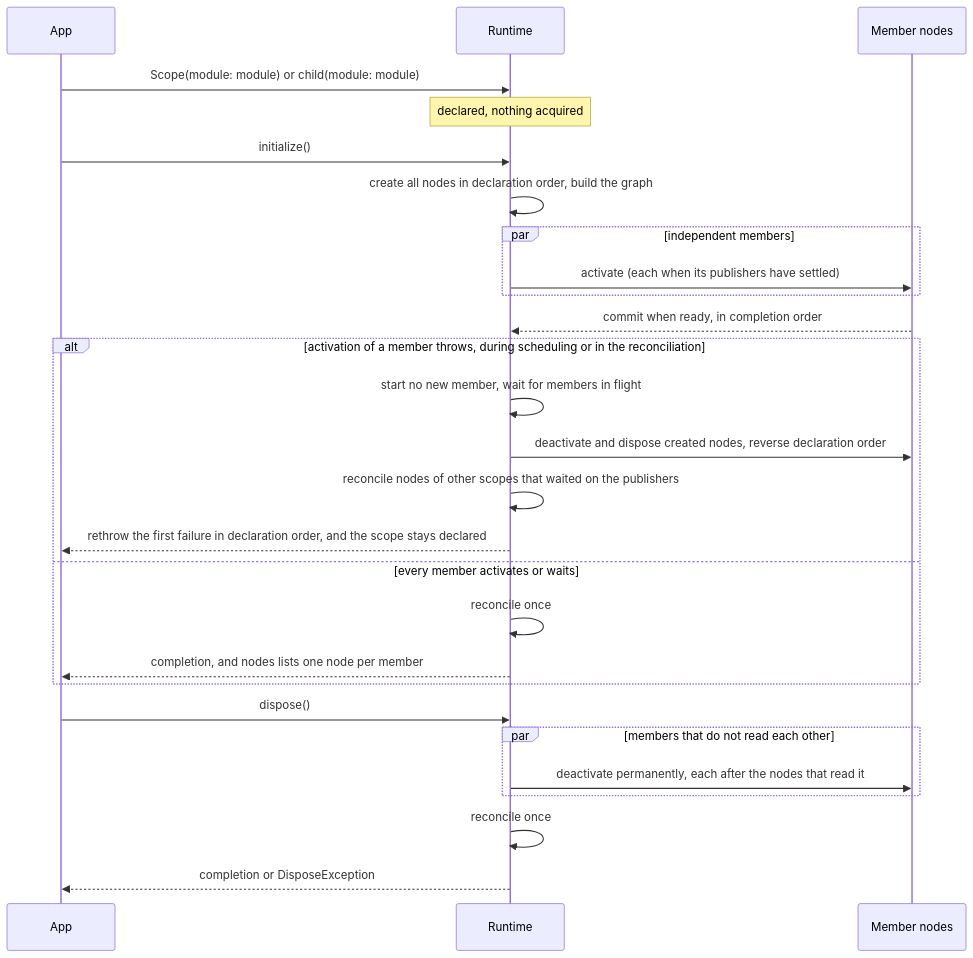
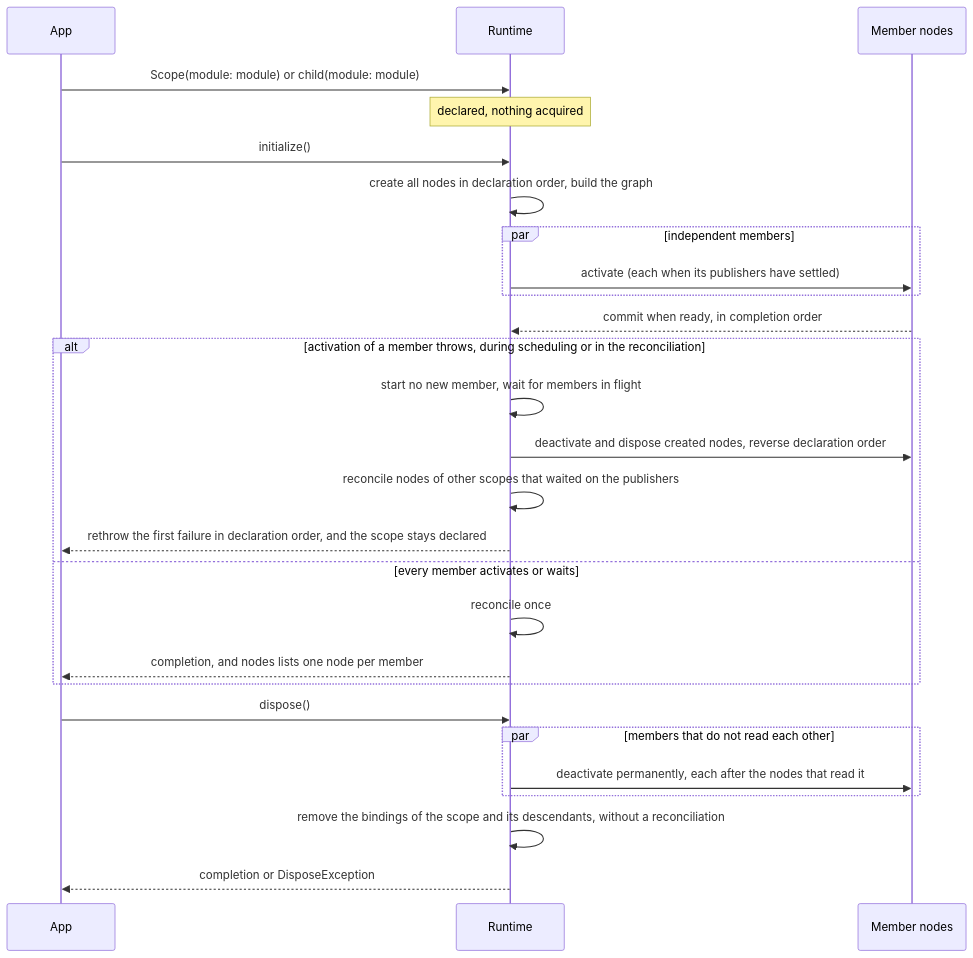
One commit to dfdgsdfg/fp_di changed the fifth of 10 diagrams in specs/runtime/lifecycle/spec.md. Above: the diagram before and after it, drawn with Mermaid. The commit also changed other lines of this file and 3 other files, not shown here.

First line of the commit message:
State that the disposal of a scope does not reconcile

````diff
--- a/specs/runtime/lifecycle/spec.md
+++ b/specs/runtime/lifecycle/spec.md
@@ -1001,29 +1001,29 @@
 ```mermaid
 sequenceDiagram
   participant App
   participant Runtime
   participant Member as Member nodes
   App->>Runtime: Scope(module: module) or child(module: module)
   Note over Runtime: declared, nothing acquired
   App->>Runtime: initialize()
   Runtime->>Runtime: create all nodes in declaration order, build the graph
   par independent members
     Runtime->>Member: activate (each when its publishers have settled)
   end
   Member-->>Runtime: commit when ready, in completion order
   alt activation of a member throws, during scheduling or in the reconciliation
     Runtime->>Runtime: start no new member, wait for members in flight
     Runtime->>Member: deactivate and dispose created nodes, reverse declaration order
     Runtime->>Runtime: reconcile nodes of other scopes that waited on the publishers
     Runtime-->>App: rethrow the first failure in declaration order, and the scope stays declared
   else every member activates or waits
     Runtime->>Runtime: reconcile once
     Runtime-->>App: completion, and nodes lists one node per member
   end
   App->>Runtime: dispose()
   par members that do not read each other
     Runtime->>Member: deactivate permanently, each after the nodes that read it
   end
-  Runtime->>Runtime: reconcile once
+  Runtime->>Runtime: remove the bindings of the scope and its descendants, without a reconciliation
   Runtime-->>App: completion or DisposeException
 ```
````
